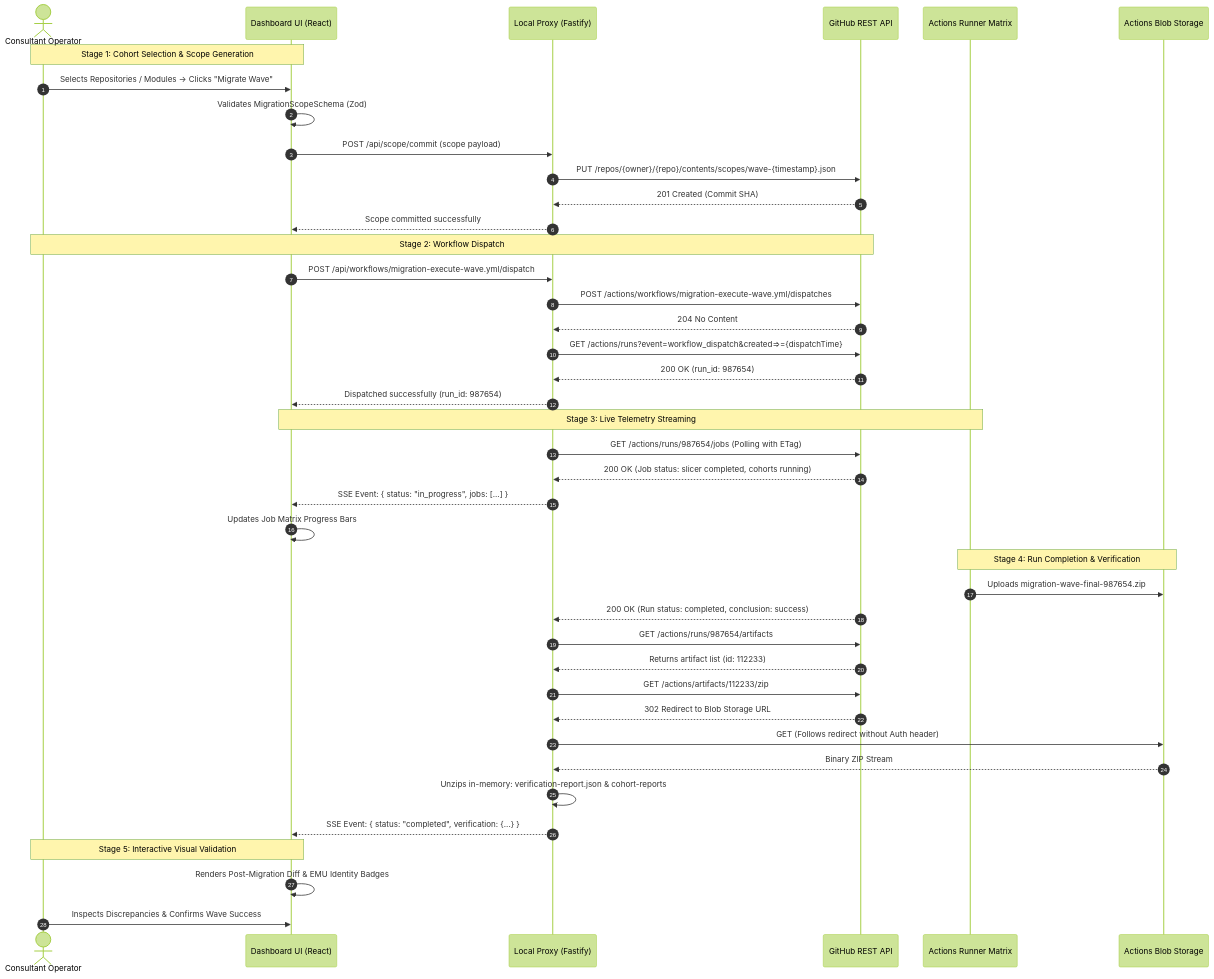
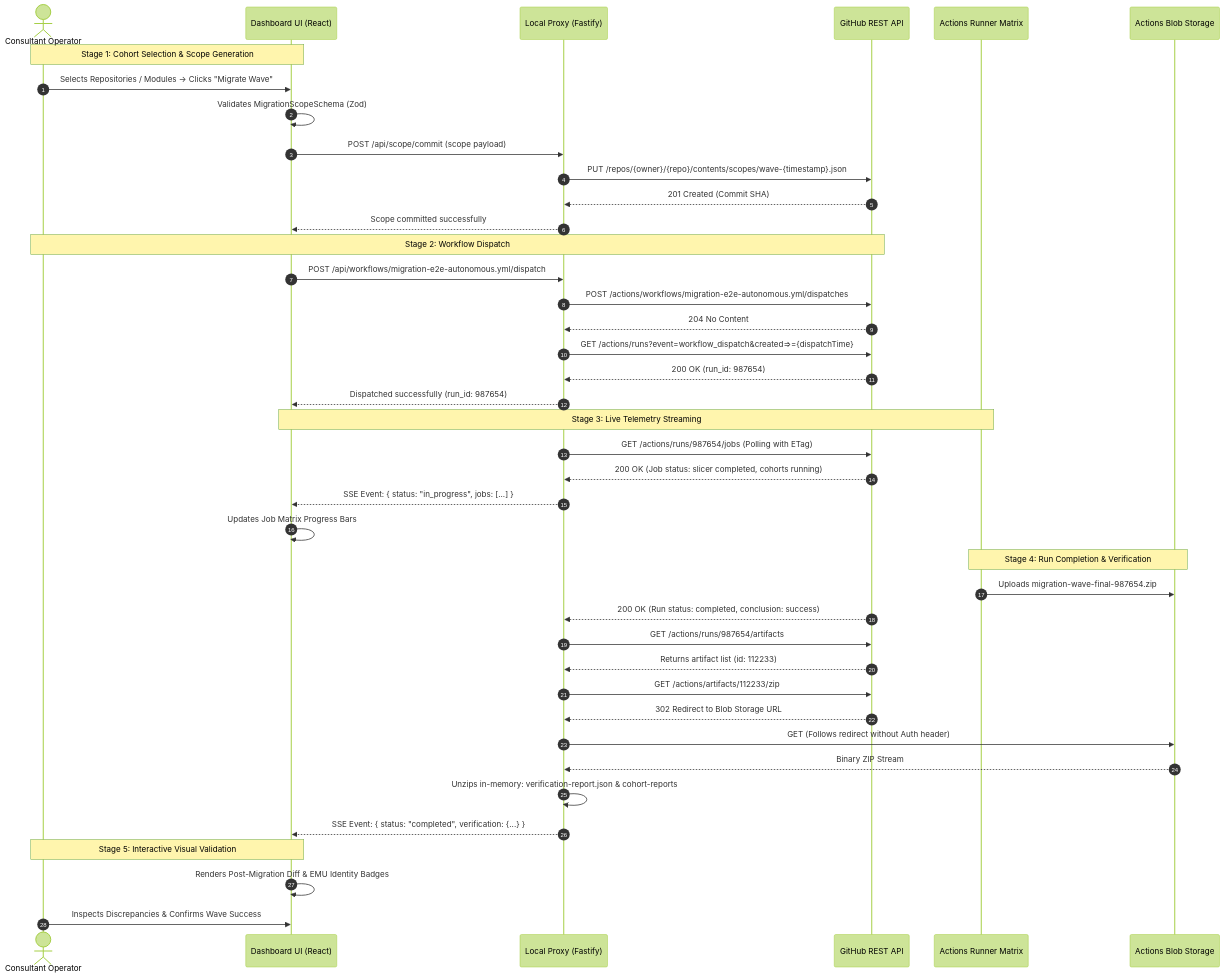
The third of 4 diagrams in docs/reports/migration-dashboard-feasibility-study.md (cloudgxp/ghec-consultant-suite), drawn with Mermaid (forest theme) before and after one commit. The commit also changed other lines of this file and 31 other files, not shown here.

Commit message:
feat(workflows): consolidate on migration-e2e-autonomous and add verify & pages workflows (TASK-082)

````diff
--- a/docs/reports/migration-dashboard-feasibility-study.md
+++ b/docs/reports/migration-dashboard-feasibility-study.md
@@ -195,53 +195,53 @@
 ```mermaid
 sequenceDiagram
     autonumber
     actor Operator as Consultant Operator
     participant UI as Dashboard UI (React)
     participant Server as Local Proxy (Fastify)
     participant GH as GitHub REST API
     participant Runner as Actions Runner Matrix
     participant Storage as Actions Blob Storage
 
     %% Stage 1: Scope Generation
     Note over Operator, UI: Stage 1: Cohort Selection & Scope Generation
     Operator->>UI: Selects Repositories / Modules -> Clicks "Migrate Wave"
     UI->>UI: Validates MigrationScopeSchema (Zod)
     UI->>Server: POST /api/scope/commit (scope payload)
     Server->>GH: PUT /repos/{owner}/{repo}/contents/scopes/wave-{timestamp}.json
     GH-->>Server: 201 Created (Commit SHA)
     Server-->>UI: Scope committed successfully
 
     %% Stage 2: Workflow Dispatch
     Note over Operator, GH: Stage 2: Workflow Dispatch
-    UI->>Server: POST /api/workflows/migration-execute-wave.yml/dispatch
-    Server->>GH: POST /actions/workflows/migration-execute-wave.yml/dispatches
+    UI->>Server: POST /api/workflows/migration-e2e-autonomous.yml/dispatch
+    Server->>GH: POST /actions/workflows/migration-e2e-autonomous.yml/dispatches
     GH-->>Server: 204 No Content
     Server->>GH: GET /actions/runs?event=workflow_dispatch&created=>={dispatchTime}
     GH-->>Server: 200 OK (run_id: 987654)
     Server-->>UI: Dispatched successfully (run_id: 987654)
 
     %% Stage 3: Live Telemetry
     Note over UI, Runner: Stage 3: Live Telemetry Streaming
     Server->>GH: GET /actions/runs/987654/jobs (Polling with ETag)
     GH-->>Server: 200 OK (Job status: slicer completed, cohorts running)
     Server-->>UI: SSE Event: { status: "in_progress", jobs: [...] }
     UI->>UI: Updates Job Matrix Progress Bars
 
     %% Stage 4: Artifact Unpacking
     Note over Runner, Storage: Stage 4: Run Completion & Verification
     Runner->>Storage: Uploads migration-wave-final-987654.zip
     GH-->>Server: 200 OK (Run status: completed, conclusion: success)
     Server->>GH: GET /actions/runs/987654/artifacts
     GH-->>Server: Returns artifact list (id: 112233)
     Server->>GH: GET /actions/artifacts/112233/zip
     GH-->>Server: 302 Redirect to Blob Storage URL
     Server->>Storage: GET (Follows redirect without Auth header)
     Storage-->>Server: Binary ZIP Stream
     Server->>Server: Unzips in-memory: verification-report.json & cohort-reports
     Server-->>UI: SSE Event: { status: "completed", verification: {...} }
 
     %% Stage 5: Visual Presentation
     Note over UI, Operator: Stage 5: Interactive Visual Validation
     UI->>UI: Renders Post-Migration Diff & EMU Identity Badges
     Operator->>UI: Inspects Discrepancies & Confirms Wave Success
 ```
````
